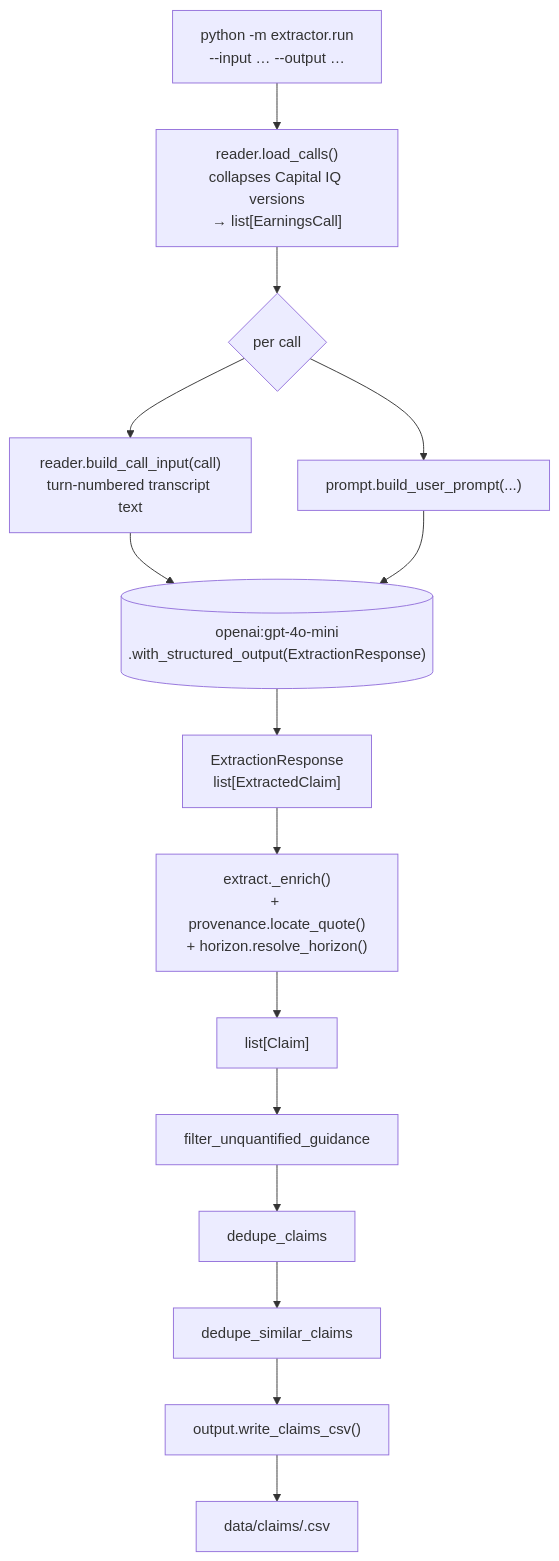
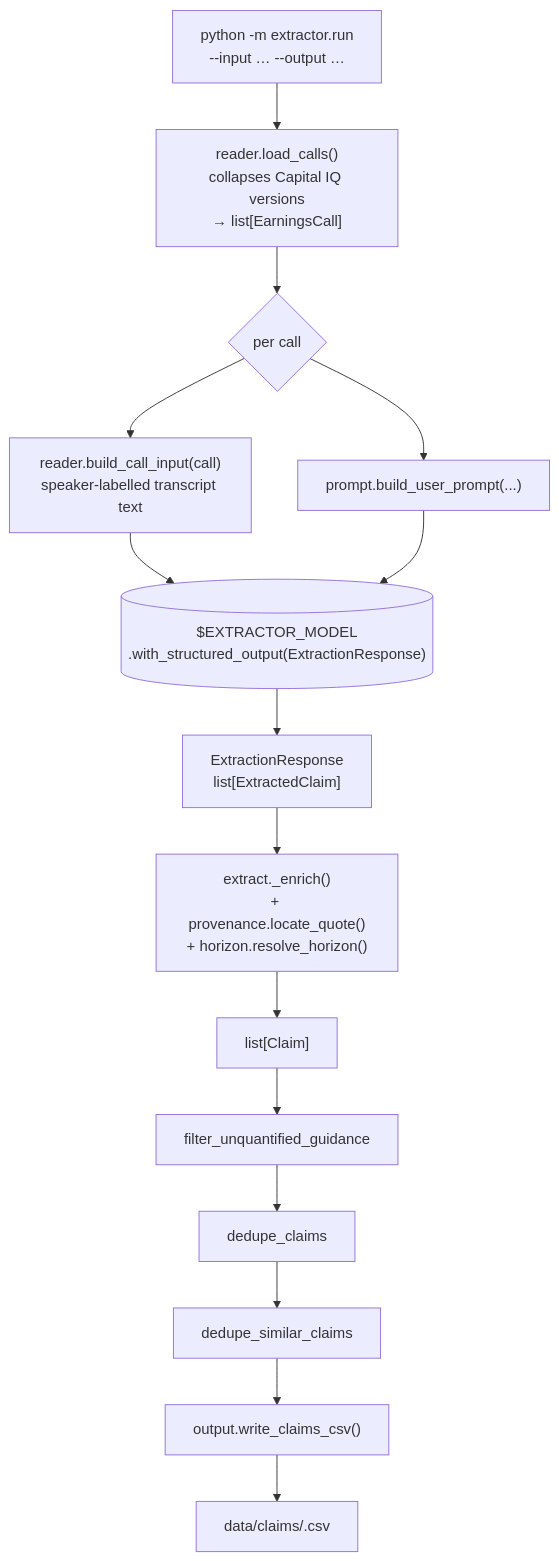
Before and after one commit to thomashillenbrand/finm-33200-group7: the fourth of 8 diagrams in docs/architecture.md, drawn with Mermaid.

Commit message:
Slight documentation fix

````diff
--- a/docs/architecture.md
+++ b/docs/architecture.md
@@ -260,18 +260,18 @@
 ```mermaid
 flowchart TD
     cli["python -m extractor.run<br/>--input … --output …"]
     cli --> reader["reader.load_calls()<br/>collapses Capital IQ versions<br/>→ list[EarningsCall]"]
     reader --> percall{per call}
-    percall --> build_input["reader.build_call_input(call)<br/>turn-numbered transcript text"]
+    percall --> build_input["reader.build_call_input(call)<br/>speaker-labelled transcript text"]
     percall --> prompt["prompt.build_user_prompt(...)"]
-    build_input --> llm[("openai:gpt-4o-mini<br/>.with_structured_output(ExtractionResponse)")]
+    build_input --> llm[("$EXTRACTOR_MODEL<br/>.with_structured_output(ExtractionResponse)")]
     prompt --> llm
     llm --> raw["ExtractionResponse<br/>list[ExtractedClaim]"]
     raw --> enrich["extract._enrich()<br/>+ provenance.locate_quote()<br/>+ horizon.resolve_horizon()"]
     enrich --> claims["list[Claim]"]
     claims --> f1["filter_unquantified_guidance"]
     f1 --> f2["dedupe_claims"]
     f2 --> f3["dedupe_similar_claims"]
     f3 --> writer["output.write_claims_csv()"]
     writer --> out["data/claims/<name>.csv"]
 ```
````
